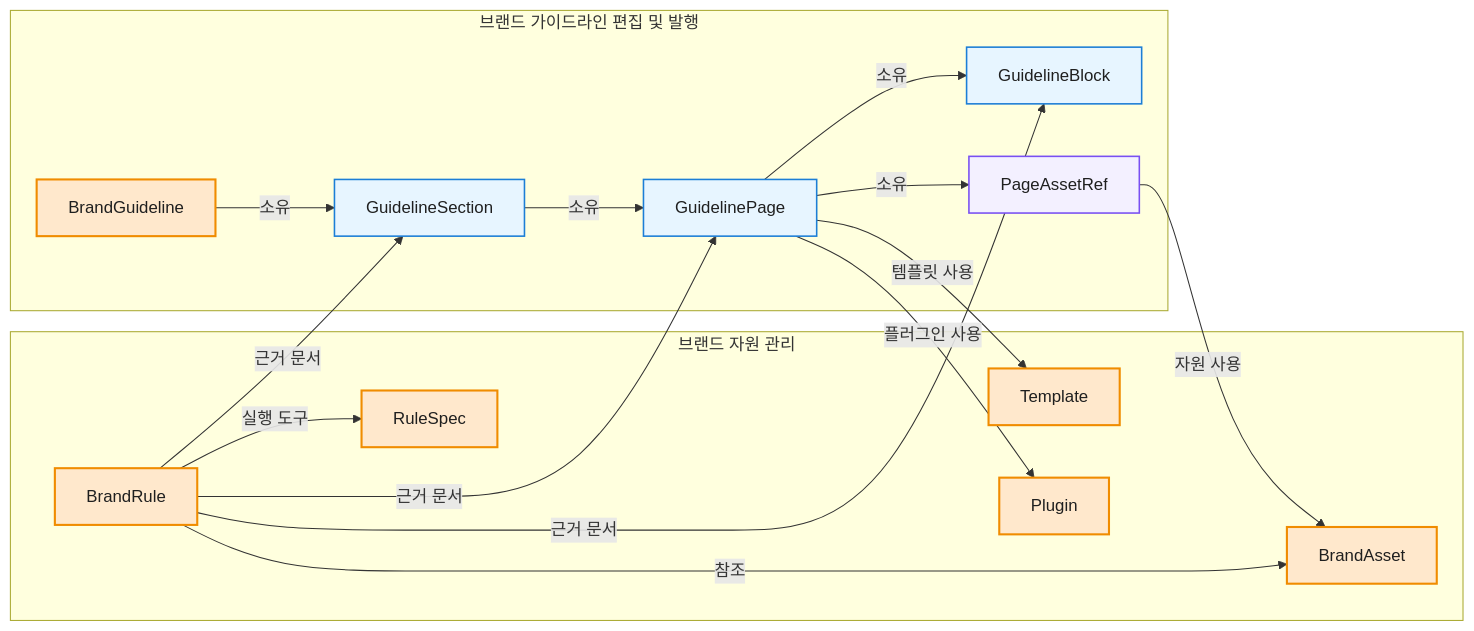
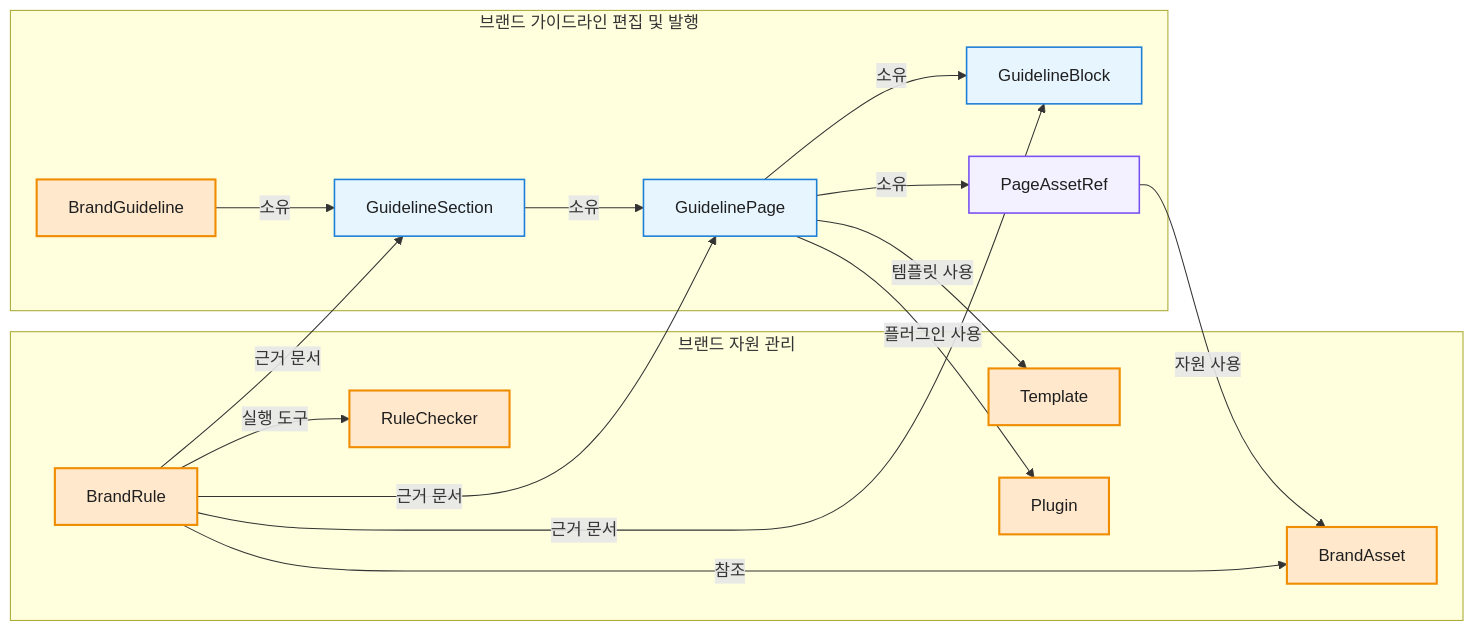
One commit to ewoooo/living-brand-system changed the third of 5 diagrams in docs/04-domain-model.md. Above: the diagram before and after it, drawn with Mermaid. The commit also changed other lines of this file and 15 other files, not shown here.

````diff
--- a/docs/04-domain-model.md
+++ b/docs/04-domain-model.md
@@ -259,39 +259,39 @@
 ```mermaid
 flowchart LR
   subgraph Edit["브랜드 가이드라인 편집 및 발행"]
     BrandGuideline["BrandGuideline"]
     Section["GuidelineSection"]
     Page["GuidelinePage"]
     Block["GuidelineBlock"]
     PageAssetRefNode["PageAssetRef"]
   end
 
   subgraph Resource["브랜드 자원 관리"]
-    RuleSpec["RuleSpec"]
+    RuleChecker["RuleChecker"]
     BrandRule["BrandRule"]
     BrandAsset["BrandAsset"]
     Template["Template"]
     Plugin["Plugin"]
   end
 
   BrandGuideline -->|"소유"| Section
   Section -->|"소유"| Page
   Page -->|"소유"| Block
   BrandRule -->|"근거 문서"| Section
   BrandRule -->|"근거 문서"| Page
   BrandRule -->|"근거 문서"| Block
-  BrandRule -->|"실행 도구"| RuleSpec
+  BrandRule -->|"실행 도구"| RuleChecker
   Page -->|"소유"| PageAssetRefNode
   PageAssetRefNode -->|"자원 사용"| BrandAsset
   Page -->|"템플릿 사용"| Template
   Page -->|"플러그인 사용"| Plugin
   BrandRule -->|"참조"| BrandAsset
 
   classDef aggregate fill:#FFE8CC,stroke:#F08C00,stroke-width:2px,color:#1F1F1F;
   classDef entity fill:#E7F5FF,stroke:#1C7ED6,stroke-width:1.5px,color:#1F1F1F;
   classDef childEntity fill:#F3F0FF,stroke:#7950F2,stroke-width:1.5px,color:#1F1F1F;
 
-  class BrandGuideline,RuleSpec,BrandRule,BrandAsset,Template,Plugin aggregate;
+  class BrandGuideline,RuleChecker,BrandRule,BrandAsset,Template,Plugin aggregate;
   class Section,Page,Block entity;
   class PageAssetRefNode childEntity;
 ```
````
